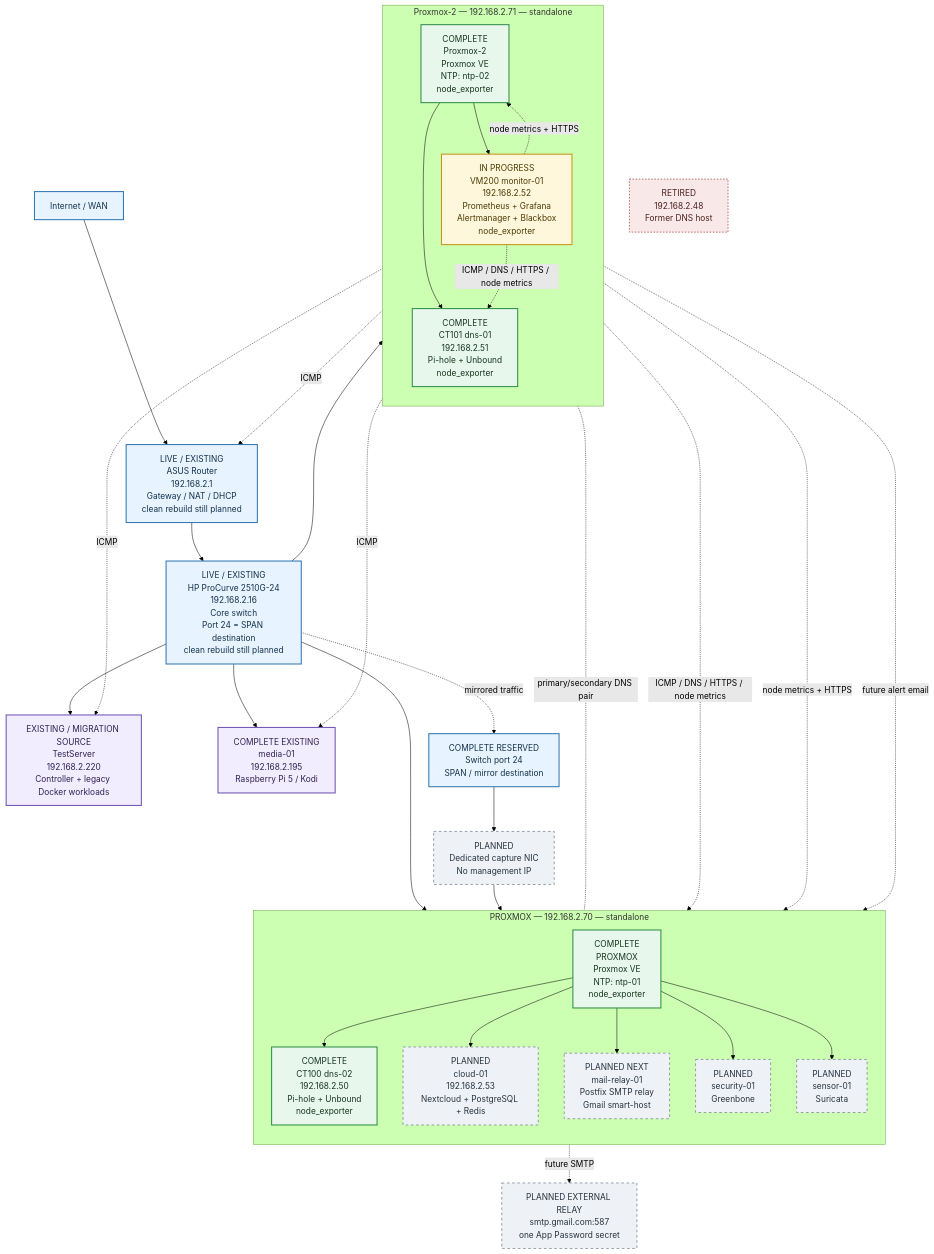
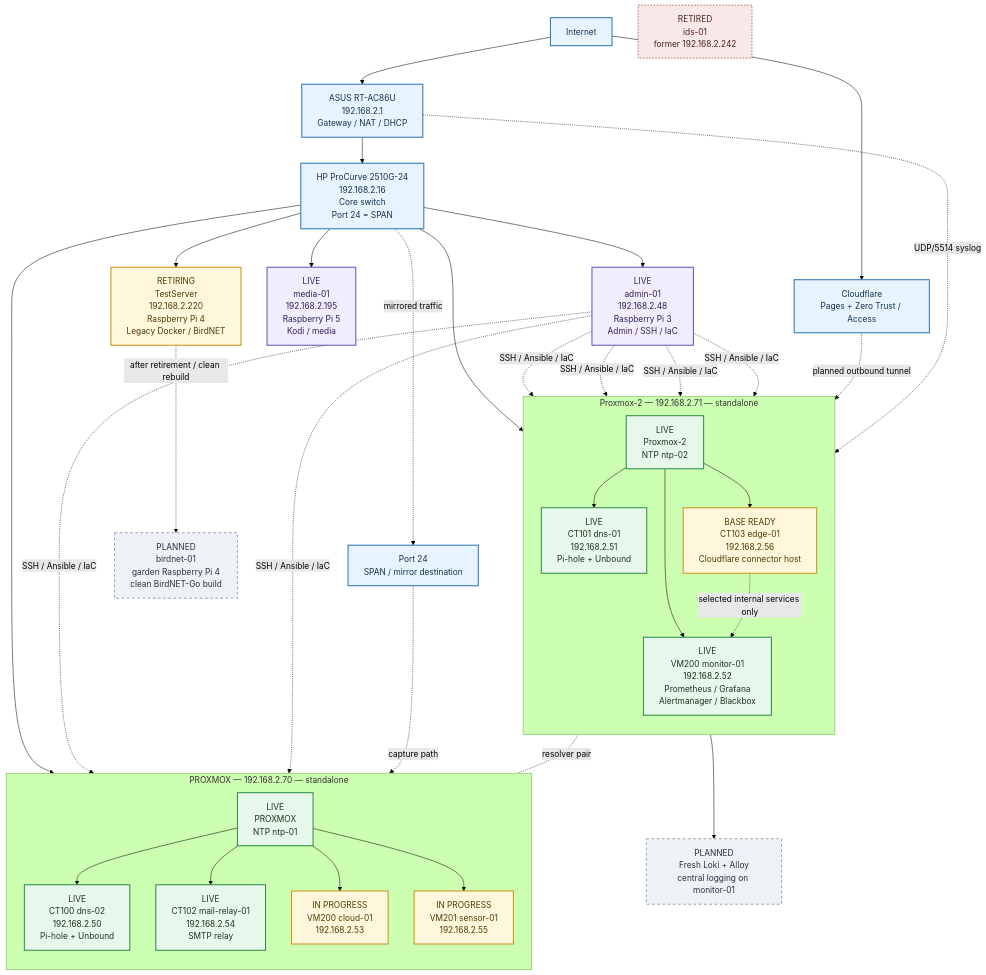
The diagram in docs/architecture/PROPOSED-LAYOUT.md (jrwroberts1976/homelab-platform), drawn with Mermaid (forest theme) before and after one commit. The commit also changed other lines of this file, not shown here.

Commit message:
docs: correct network and hosting layout

````diff
--- a/docs/architecture/PROPOSED-LAYOUT.md
+++ b/docs/architecture/PROPOSED-LAYOUT.md
@@ -15,71 +8,76 @@
 ```mermaid
 flowchart TB
-  classDef complete fill:#e8f7ec,stroke:#2f8f46,stroke-width:2px,color:#17351e
+  classDef live fill:#e8f7ec,stroke:#2f8f46,stroke-width:2px,color:#17351e
   classDef progress fill:#fff7db,stroke:#c89518,stroke-width:2px,color:#4c3a05
   classDef planned fill:#eef2f7,stroke:#7b8794,stroke-width:1.5px,color:#26323d,stroke-dasharray: 5 5
   classDef network fill:#e7f3ff,stroke:#3277b3,stroke-width:2px,color:#15324a
   classDef retired fill:#f8e8e8,stroke:#a84c4c,stroke-width:1.5px,color:#4c1f1f,stroke-dasharray: 3 3
   classDef physical fill:#f2ecff,stroke:#6e55b3,stroke-width:2px,color:#2e2351
 
-  WAN["Internet / WAN"]:::network
-  ROUTER["LIVE / EXISTING<br/>ASUS Router<br/>192.168.2.1<br/>Gateway / NAT / DHCP<br/>clean rebuild still planned"]:::network
-  SWITCH["LIVE / EXISTING<br/>HP ProCurve 2510G-24<br/>192.168.2.16<br/>Core switch<br/>Port 24 = SPAN destination<br/>clean rebuild still planned"]:::network
+  WAN["Internet"]:::network
+  CF["Cloudflare<br/>Pages + Zero Trust / Access"]:::network
+  ROUTER["ASUS RT-AC86U<br/>192.168.2.1<br/>Gateway / NAT / DHCP"]:::network
+  SWITCH["HP ProCurve 2510G-24<br/>192.168.2.16<br/>Core switch<br/>Port 24 = SPAN"]:::network
 
+  WAN --> CF
   WAN --> ROUTER
   ROUTER --> SWITCH
 
+  ADMIN["LIVE<br/>admin-01<br/>192.168.2.48<br/>Raspberry Pi 3<br/>Admin / SSH / IaC"]:::physical
+  MEDIA["LIVE<br/>media-01<br/>192.168.2.195<br/>Raspberry Pi 5<br/>Kodi / media"]:::physical
+  TEST["RETIRING<br/>TestServer<br/>192.168.2.220<br/>Raspberry Pi 4<br/>Legacy Docker / BirdNET"]:::progress
+  IDS["RETIRED<br/>ids-01<br/>former 192.168.2.242"]:::retired
+
+  SWITCH --> ADMIN
+  SWITCH --> MEDIA
+  SWITCH --> TEST
+
   subgraph PVE1["PROXMOX — 192.168.2.70 — standalone"]
     direction TB
-    PVE1HOST["COMPLETE<br/>PROXMOX<br/>Proxmox VE<br/>NTP: ntp-01<br/>node_exporter"]:::complete
-    DNS02["COMPLETE<br/>CT100 dns-02<br/>192.168.2.50<br/>Pi-hole + Unbound<br/>node_exporter"]:::complete
-    CLOUD["PLANNED<br/>cloud-01<br/>192.168.2.53<br/>Nextcloud + PostgreSQL + Redis"]:::planned
-    MAIL["PLANNED NEXT<br/>mail-relay-01<br/>Postfix SMTP relay<br/>Gmail smart-host"]:::planned
-    SECURITY["PLANNED<br/>security-01<br/>Greenbone"]:::planned
-    SENSOR["PLANNED<br/>sensor-01<br/>Suricata"]:::planned
-
+    PVE1HOST["LIVE<br/>PROXMOX<br/>NTP ntp-01"]:::live
+    DNS02["LIVE<br/>CT100 dns-02<br/>192.168.2.50<br/>Pi-hole + Unbound"]:::live
+    MAIL["LIVE<br/>CT102 mail-relay-01<br/>192.168.2.54<br/>SMTP relay"]:::live
+    CLOUD["IN PROGRESS<br/>VM200 cloud-01<br/>192.168.2.53"]:::progress
+    SENSOR["IN PROGRESS<br/>VM201 sensor-01<br/>192.168.2.55"]:::progress
     PVE1HOST --> DNS02
+    PVE1HOST --> MAIL
     PVE1HOST --> CLOUD
-    PVE1HOST --> MAIL
-    PVE1HOST --> SECURITY
     PVE1HOST --> SENSOR
   end
 
   subgraph PVE2["Proxmox-2 — 192.168.2.71 — standalone"]
     direction TB
-    PVE2HOST["COMPLETE<br/>Proxmox-2<br/>Proxmox VE<br/>NTP: ntp-02<br/>node_exporter"]:::complete
-    DNS01["COMPLETE<br/>CT101 dns-01<br/>192.168.2.51<br/>Pi-hole + Unbound<br/>node_exporter"]:::complete
-    MON["IN PROGRESS<br/>VM200 monitor-01<br/>192.168.2.52<br/>Prometheus + Grafana<br/>Alertmanager + Blackbox<br/>node_exporter"]:::progress
-
+    PVE2HOST["LIVE<br/>Proxmox-2<br/>NTP ntp-02"]:::live
+    DNS01["LIVE<br/>CT101 dns-01<br/>192.168.2.51<br/>Pi-hole + Unbound"]:::live
+    MON["LIVE<br/>VM200 monitor-01<br/>192.168.2.52<br/>Prometheus / Grafana<br/>Alertmanager / Blackbox"]:::live
+    EDGE["BASE READY<br/>CT103 edge-01<br/>192.168.2.56<br/>Cloudflare connector host"]:::progress
     PVE2HOST --> DNS01
     PVE2HOST --> MON
+    PVE2HOST --> EDGE
   end
-
-  TEST["EXISTING / MIGRATION SOURCE<br/>TestServer<br/>192.168.2.220<br/>Controller + legacy Docker workloads"]:::physical
-  MEDIA["COMPLETE EXISTING<br/>media-01<br/>192.168.2.195<br/>Raspberry Pi 5 / Kodi"]:::physical
-  RET48["RETIRED<br/>192.168.2.48<br/>Former DNS host"]:::retired
 
   SWITCH --> PVE1HOST
   SWITCH --> PVE2HOST
-  SWITCH --> TEST
-  SWITCH --> MEDIA
 
-  DNS01 -. "primary/secondary DNS pair" .- DNS02
+  DNS01 -. "resolver pair" .- DNS02
+  ADMIN -. "SSH / Ansible / IaC" .-> PVE1HOST
+  ADMIN -. "SSH / Ansible / IaC" .-> PVE2HOST
+  ADMIN -. "SSH / Ansible / IaC" .-> DNS01
+  ADMIN -. "SSH / Ansible / IaC" .-> DNS02
+  ADMIN -. "SSH / Ansible / IaC" .-> MON
+  ADMIN -. "SSH / Ansible / IaC" .-> EDGE
 
-  MON -. "ICMP / DNS / HTTPS / node metrics" .-> DNS01
-  MON -. "ICMP / DNS / HTTPS / node metrics" .-> DNS02
-  MON -. "node metrics + HTTPS" .-> PVE1HOST
-  MON -. "node metrics + HTTPS" .-> PVE2HOST
-  MON -. "ICMP" .-> ROUTER
-  MON -. "ICMP" .-> TEST
-  MON -. "ICMP" .-> MEDIA
+  CF -. "planned outbound tunnel" .-> EDGE
+  EDGE -. "selected internal services only" .-> MON
 
-  SPAN["COMPLETE RESERVED<br/>Switch port 24<br/>SPAN / mirror destination"]:::network
-  CAPNIC["PLANNED<br/>Dedicated capture NIC<br/>No management IP"]:::planned
+  ROUTER -. "UDP/5514 syslog" .-> MON
+  LOKI["PLANNED<br/>Fresh Loki + Alloy<br/>central logging on monitor-01"]:::planned
+  MON --> LOKI
 
+  SPAN["Port 24<br/>SPAN / mirror destination"]:::network
   SWITCH -. "mirrored traffic" .-> SPAN
-  SPAN --> CAPNIC
-  CAPNIC --> SENSOR
+  SPAN -. "capture path" .-> SENSOR
 
-  MAIL -. "future SMTP" .-> GMAIL["PLANNED EXTERNAL RELAY<br/>smtp.gmail.com:587<br/>one App Password secret"]:::planned
-  MON -. "future alert email" .-> MAIL
+  BIRD["PLANNED<br/>birdnet-01<br/>garden Raspberry Pi 4<br/>clean BirdNET-Go build"]:::planned
+  TEST -. "after retirement / clean rebuild" .-> BIRD
 ```
````
